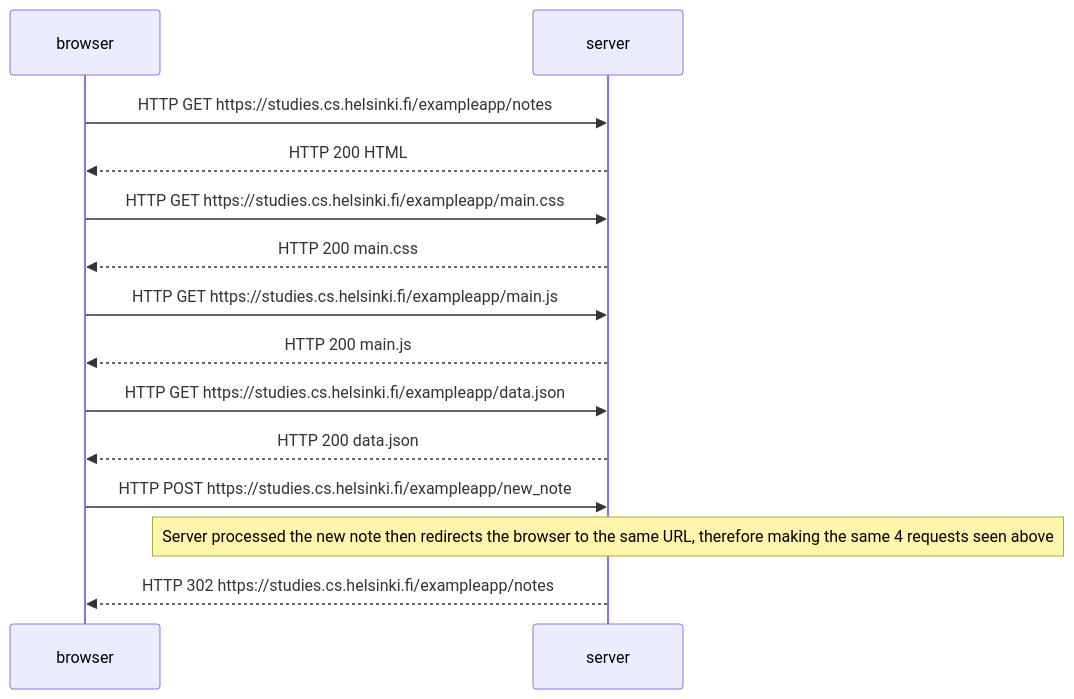
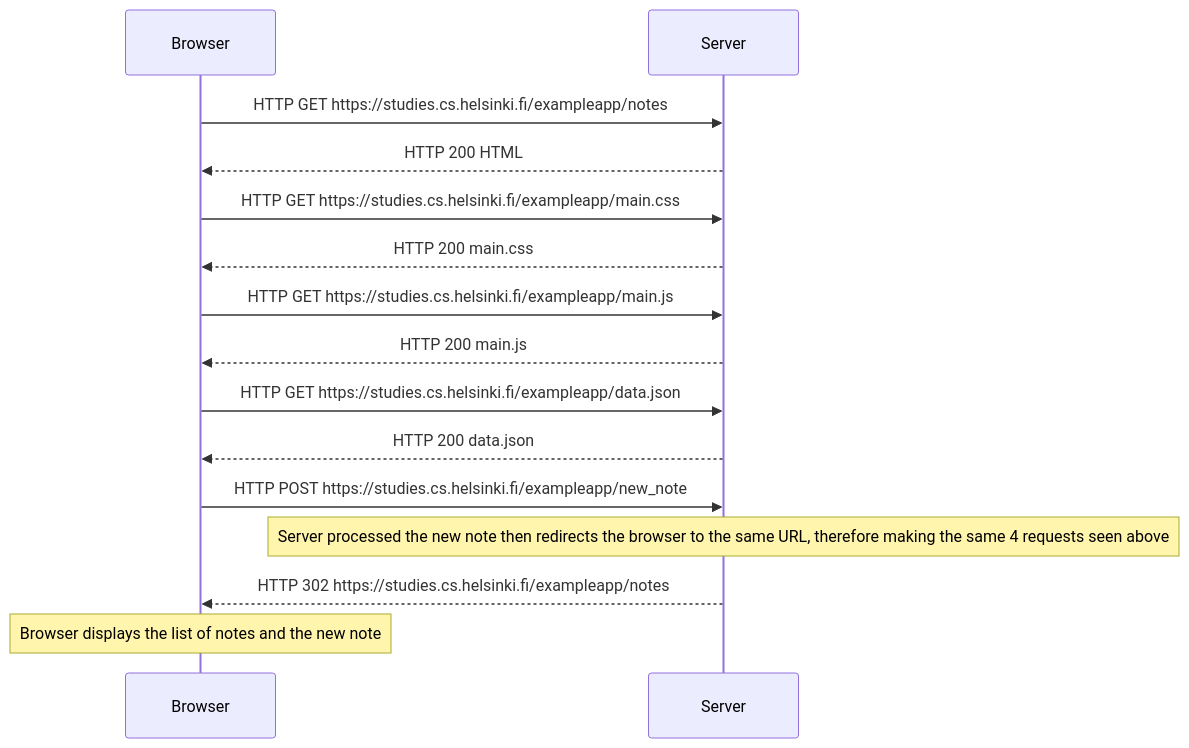
Before and after one commit to kannvess/fullstackopen: the diagram in part0/newnotediagram.md, drawn with Mermaid.

Commit message:
Added a note to explain the process done by the browser

````diff
--- a/part0/newnotediagram.md
+++ b/part0/newnotediagram.md
@@ -1,16 +1,17 @@
 ```mermaid
 sequenceDiagram
-    participant b as browser
-    participant s as server
+    participant b as Browser
+    participant s as Server
     b->>s: HTTP GET https://studies.cs.helsinki.fi/exampleapp/notes
     s-->>b: HTTP 200 HTML
     b->>s: HTTP GET https://studies.cs.helsinki.fi/exampleapp/main.css
     s-->>b: HTTP 200 main.css
     b->>s: HTTP GET https://studies.cs.helsinki.fi/exampleapp/main.js
     s-->>b: HTTP 200 main.js
     b->>s: HTTP GET https://studies.cs.helsinki.fi/exampleapp/data.json
     s-->>b: HTTP 200 data.json
     b->>s: HTTP POST https://studies.cs.helsinki.fi/exampleapp/new_note
     note over s: Server processed the new note then redirects the browser to the same URL, therefore making the same 4 requests seen above
     s-->>b: HTTP 302 https://studies.cs.helsinki.fi/exampleapp/notes
+    note over b: Browser displays the list of notes and the new note
 ```
````
